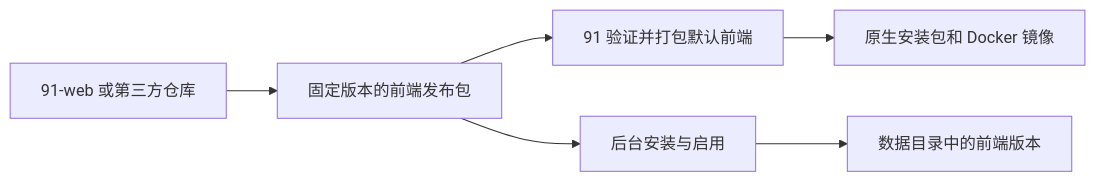
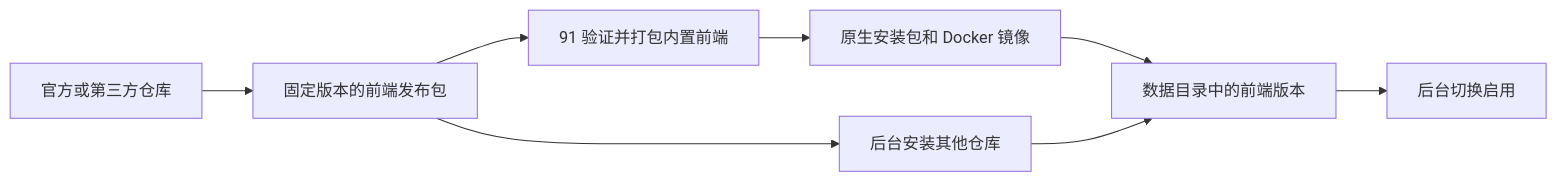
One commit to nianzhibai/91 changed the diagram in docs/FRONTEND_RELEASES.md. Above: the diagram before and after it, drawn with Mermaid. The commit also changed other lines of this file and 20 other files, not shown here.

````diff
--- a/docs/FRONTEND_RELEASES.md
+++ b/docs/FRONTEND_RELEASES.md
@@ -5,8 +12,10 @@
 ```mermaid
 flowchart LR
-  W[91-web 或第三方仓库] --> R[固定版本的前端发布包]
-  R --> P[91 验证并打包默认前端]
+  W[官方或第三方仓库] --> R[固定版本的前端发布包]
+  R --> P[91 验证并打包内置前端]
   P --> I[原生安装包和 Docker 镜像]
-  R --> M[后台安装与启用]
-  M --> D[数据目录中的前端版本]
+  I --> D[数据目录中的前端版本]
+  R --> M[后台安装其他仓库]
+  M --> D
+  D --> S[后台切换启用]
 ```
````
